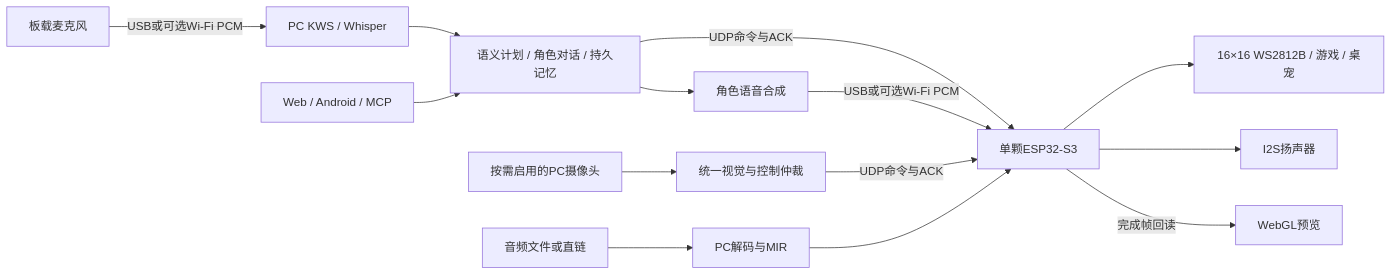
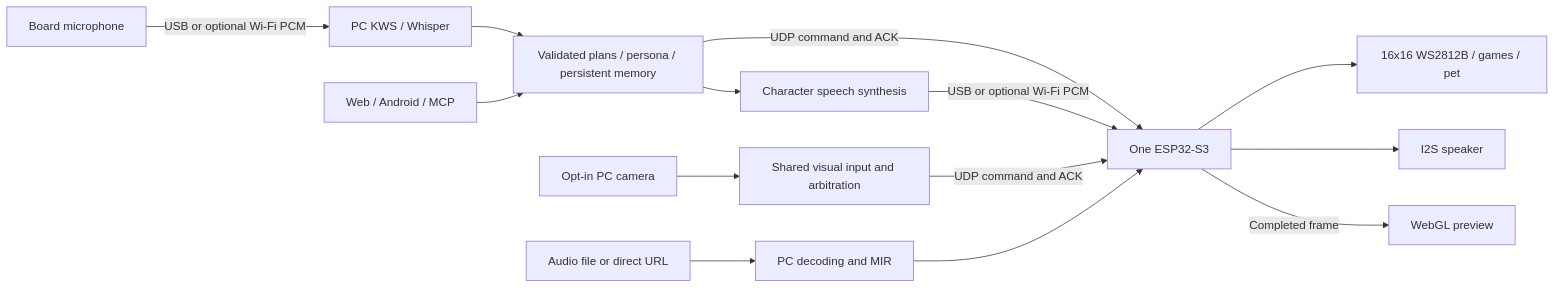
One commit to DongFengPo1412/Intelligent-Lighting-Control-System-Pro changed the diagram in README.md. Above: the diagram before and after it, drawn with Mermaid. The commit also changed 11 other files, not shown here.

````diff
--- a/README.md
+++ b/README.md
@@ -21,16 +21,16 @@
 ```mermaid
 flowchart LR
-    Input[板载麦克风] -->|USB或可选Wi-Fi PCM| Voice[PC KWS / Whisper]
-    Voice --> Agent[语义计划 / 角色对话 / 持久记忆]
-    Camera[按需启用的PC摄像头] --> Vision[统一视觉与控制仲裁]
+    Input[Board microphone] -->|USB or optional Wi-Fi PCM| Voice[PC KWS / Whisper]
+    Voice --> Agent[Validated plans / persona / persistent memory]
+    Camera[Opt-in PC camera] --> Vision[Shared visual input and arbitration]
     Web[Web / Android / MCP] --> Agent
-    Agent -->|UDP命令与ACK| S3[单颗ESP32-S3]
-    Vision -->|UDP命令与ACK| S3
-    Agent --> TTS[角色语音合成]
-    TTS -->|USB或可选Wi-Fi PCM| S3
-    Music[音频文件或直链] --> MIR[PC解码与MIR]
+    Agent -->|UDP command and ACK| S3[One ESP32-S3]
+    Vision -->|UDP command and ACK| S3
+    Agent --> TTS[Character speech synthesis]
+    TTS -->|USB or optional Wi-Fi PCM| S3
+    Music[Audio file or direct URL] --> MIR[PC decoding and MIR]
     MIR --> S3
-    S3 --> Matrix[16×16 WS2812B / 游戏 / 桌宠]
-    S3 --> Speaker[I2S扬声器]
-    S3 -->|完成帧回读| Preview[WebGL预览]
+    S3 --> Matrix[16x16 WS2812B / games / pet]
+    S3 --> Speaker[I2S speaker]
+    S3 -->|Completed frame| Preview[WebGL preview]
 ```
````
